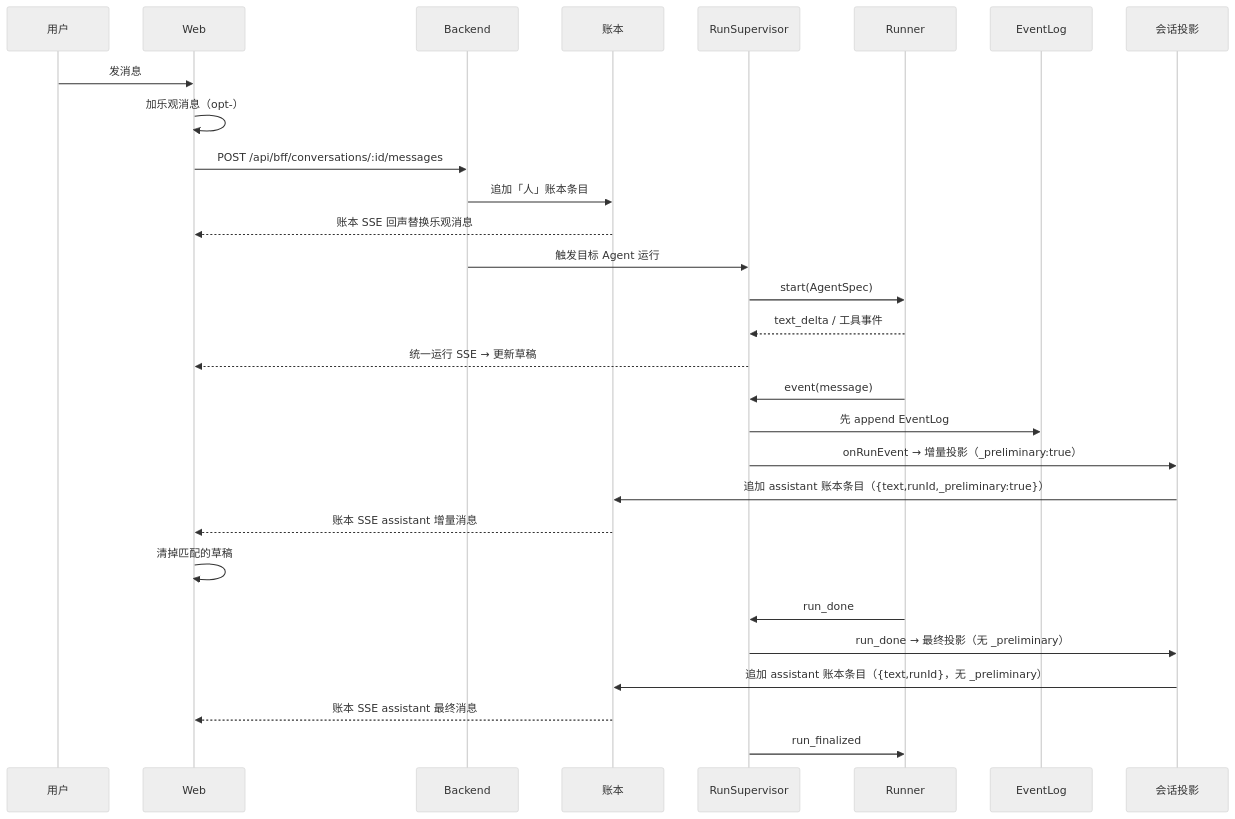
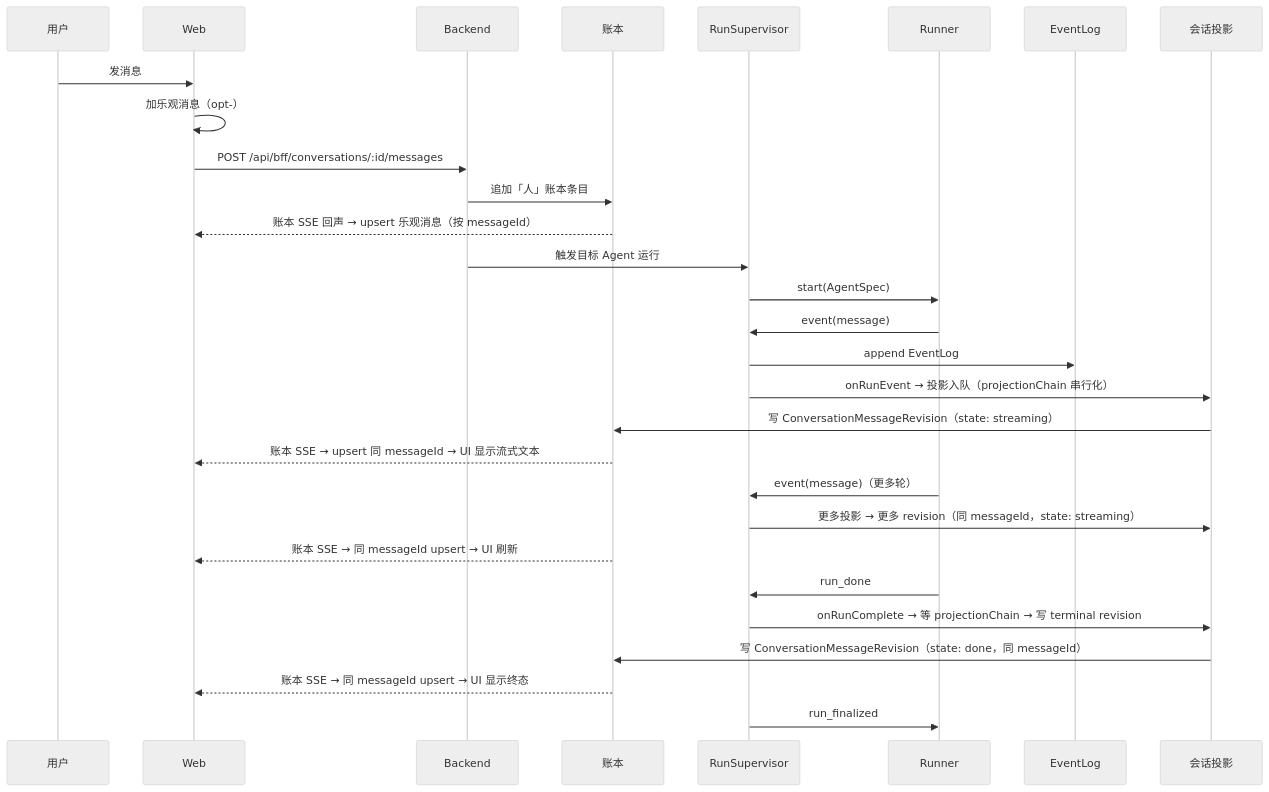
One commit to Chengchcc/my-agent-team changed the diagram in docs/architecture/flows/e2e-web-message.md. Above: the diagram before and after it, drawn with Mermaid (neutral theme). The commit also changed other lines of this file and 8 other files, not shown here.

First line of the commit message:
docs: update architecture docs for message-revisions

````diff
--- a/docs/architecture/flows/e2e-web-message.md
+++ b/docs/architecture/flows/e2e-web-message.md
@@ -21,32 +21,32 @@
 ```mermaid
 sequenceDiagram
   participant U as 用户
   participant W as Web
   participant B as Backend
   participant L as 账本
   participant S as RunSupervisor
   participant D as Runner
   participant E as EventLog
   participant P as 会话投影
 
   U->>W: 发消息
   W->>W: 加乐观消息（opt-）
   W->>B: POST /api/bff/conversations/:id/messages
   B->>L: 追加「人」账本条目
-  L-->>W: 账本 SSE 回声替换乐观消息
+  L-->>W: 账本 SSE 回声 → upsert 乐观消息（按 messageId）
   B->>S: 触发目标 Agent 运行
   S->>D: start(AgentSpec)
-  D-->>S: text_delta / 工具事件
-  S-->>W: 统一运行 SSE → 更新草稿
   D->>S: event(message)
-  S->>E: 先 append EventLog
-  S->>P: onRunEvent → 增量投影（_preliminary:true）
-  P->>L: 追加 assistant 账本条目（{text,runId,_preliminary:true}）
-  L-->>W: 账本 SSE assistant 增量消息
-  W->>W: 清掉匹配的草稿
+  S->>E: append EventLog
+  S->>P: onRunEvent → 投影入队（projectionChain 串行化）
+  P->>L: 写 ConversationMessageRevision（state: streaming）
+  L-->>W: 账本 SSE → upsert 同 messageId → UI 显示流式文本
+  D->>S: event(message)（更多轮）
+  S->>P: 更多投影 → 更多 revision（同 messageId，state: streaming）
+  L-->>W: 账本 SSE → 同 messageId upsert → UI 刷新
   D->>S: run_done
-  S->>P: run_done → 最终投影（无 _preliminary）
-  P->>L: 追加 assistant 账本条目（{text,runId}，无 _preliminary）
-  L-->>W: 账本 SSE assistant 最终消息
+  S->>P: onRunComplete → 等 projectionChain → 写 terminal revision
+  P->>L: 写 ConversationMessageRevision（state: done，同 messageId）
+  L-->>W: 账本 SSE → 同 messageId upsert → UI 显示终态
   S->>D: run_finalized
 ```
````
